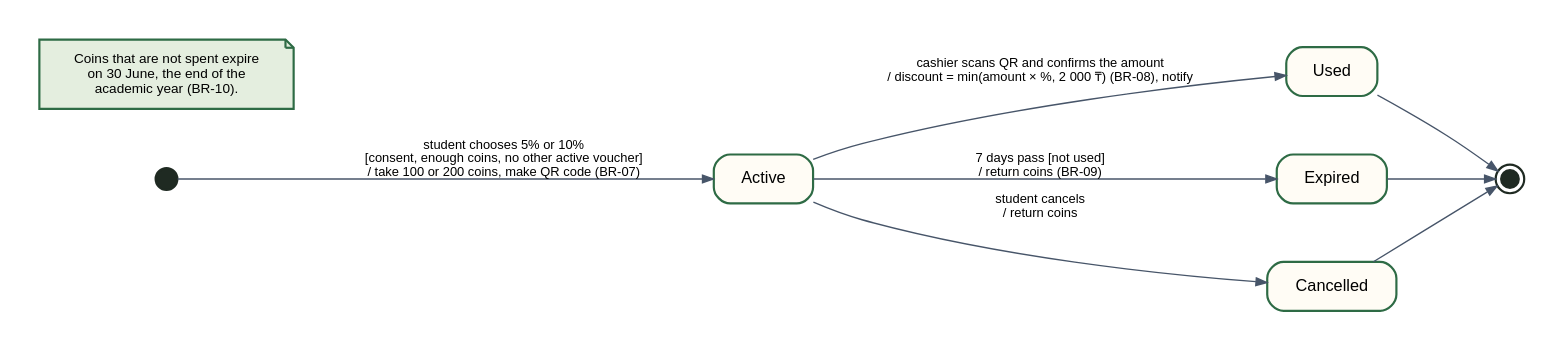
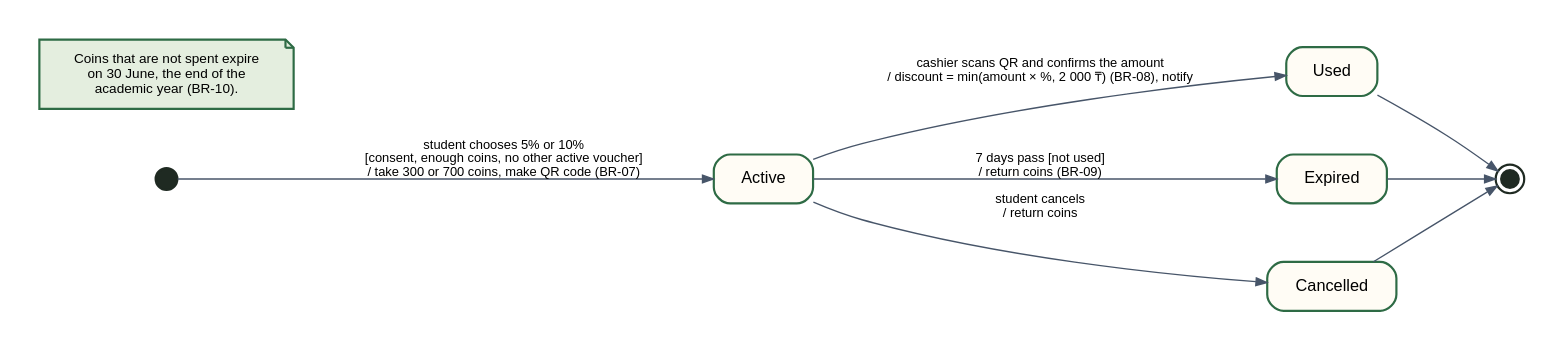
Before and after one commit to ulnur07rk-cmyk/CampusPass: the diagram in public/diagrams/fig_state_voucher.dot, drawn with Graphviz. The commit also changed 12 other files, not shown here.

```diff
--- a/public/diagrams/fig_state_voucher.dot
+++ b/public/diagrams/fig_state_voucher.dot
@@ -1,15 +1,15 @@
 // UML state diagram of the business object "Merch voucher" (FR-28 … FR-33, BR-07 … BR-10). Drawn with Graphviz.
 digraph Voucher {
   graph [rankdir=LR, fontname="Helvetica", fontsize=12, bgcolor="white", pad=0.3, nodesep=0.6, ranksep=1.0];
   node  [shape=box, style="rounded,filled", fillcolor="#fffcf5", color="#2e6b45", penwidth=1.6, fontname="Helvetica", fontsize=12, margin="0.25,0.12"];
   edge  [color="#475569", fontname="Helvetica", fontsize=9.5, arrowsize=0.8];
   start [shape=circle, label="", width=0.22, style=filled, fillcolor="#1f2a22", color="#1f2a22"];
   final [shape=doublecircle, label="", width=0.18, style=filled, fillcolor="#1f2a22", color="#1f2a22"];
   Active; Used; Expired [label="Expired"]; Cancelled;
-  start -> Active [label="student chooses 5% or 10%\n[consent, enough coins, no other active voucher]\n/ take 100 or 200 coins, make QR code (BR-07)"];
+  start -> Active [label="student chooses 5% or 10%\n[consent, enough coins, no other active voucher]\n/ take 300 or 700 coins, make QR code (BR-07)"];
   Active -> Used [label="cashier scans QR and confirms the amount\n/ discount = min(amount × %, 2 000 ₸) (BR-08), notify"];
   Active -> Expired [label="7 days pass [not used]\n/ return coins (BR-09)"];
   Active -> Cancelled [label="student cancels\n/ return coins"];
   Used -> final; Expired -> final; Cancelled -> final;
   note [shape=note, style=filled, fillcolor="#e4eedf", color="#2e6b45", fontsize=10, label="Coins that are not spent expire\non 30 June, the end of the\nacademic year (BR-10)."];
 }
```
